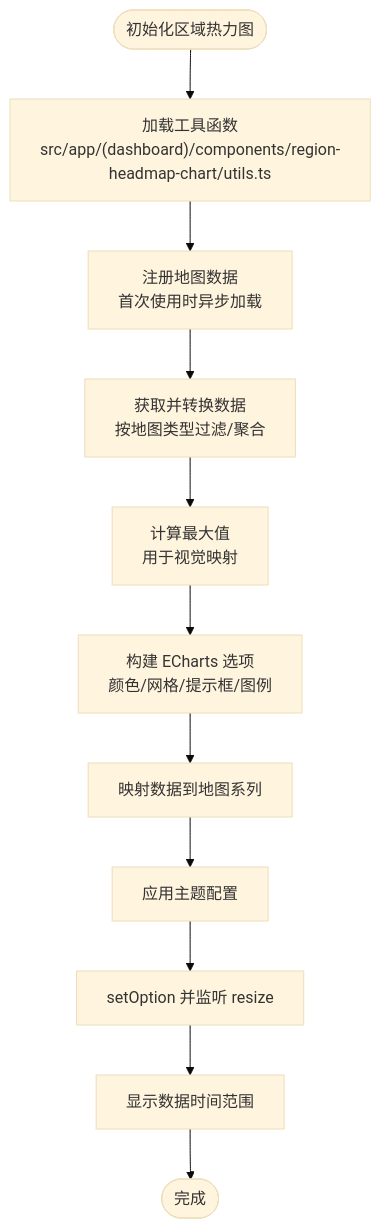
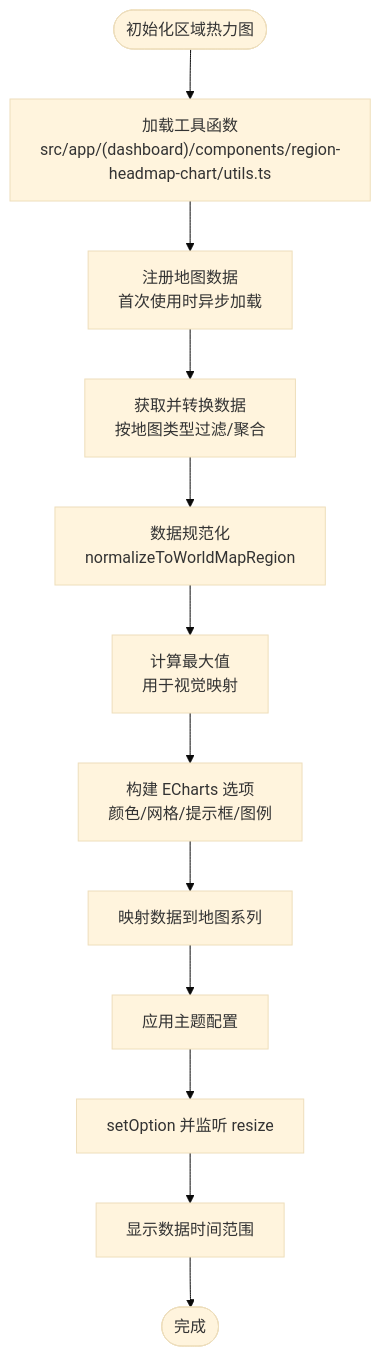
One commit to RadiumAg/AIGate changed the third of 15 diagrams in .qoder/repowiki/zh/content/监控与分析/仪表板组件.md. Above: the diagram before and after it, drawn with Mermaid (base theme). The commit also changed other lines of this file and 2 other files, not shown here.

````diff
--- a/.qoder/repowiki/zh/content/监控与分析/仪表板组件.md
+++ b/.qoder/repowiki/zh/content/监控与分析/仪表板组件.md
@@ -231,13 +237,14 @@
 ```mermaid
 flowchart TD
 Start(["初始化区域热力图"]) --> LoadUtils["加载工具函数<br/>src/app/(dashboard)/components/region-headmap-chart/utils.ts"]
 LoadUtils --> RegisterMap["注册地图数据<br/>首次使用时异步加载"]
 RegisterMap --> GetData["获取并转换数据<br/>按地图类型过滤/聚合"]
-GetData --> CalcMax["计算最大值<br/>用于视觉映射"]
+GetData --> NormalizeData["数据规范化<br/>normalizeToWorldMapRegion"]
+NormalizeData --> CalcMax["计算最大值<br/>用于视觉映射"]
 CalcMax --> BuildOptions["构建 ECharts 选项<br/>颜色/网格/提示框/图例"]
 BuildOptions --> SetData["映射数据到地图系列"]
 SetData --> ApplyTheme["应用主题配置"]
 ApplyTheme --> Render["setOption 并监听 resize"]
 Render --> ShowPeriod["显示数据时间范围"]
 ShowPeriod --> End(["完成"])
 ```
````
